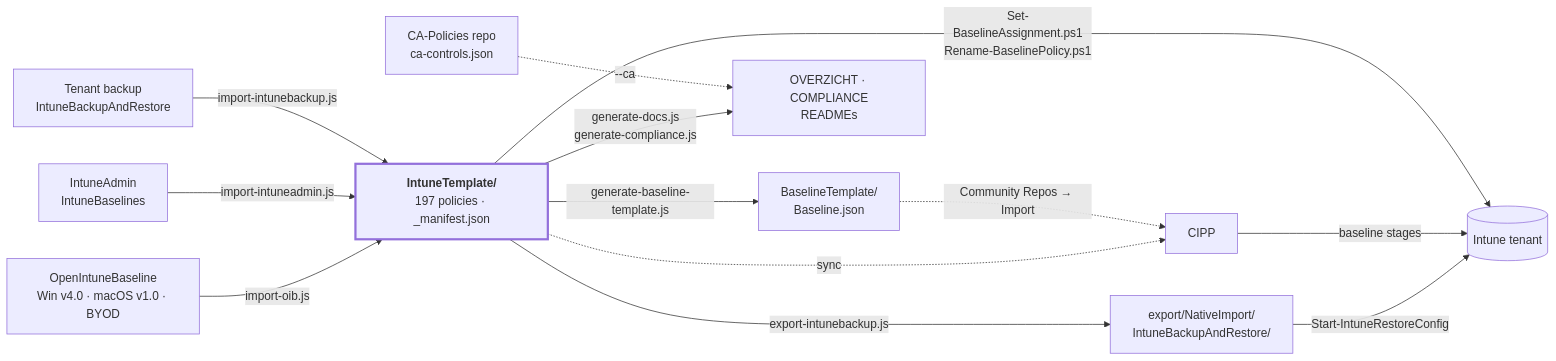
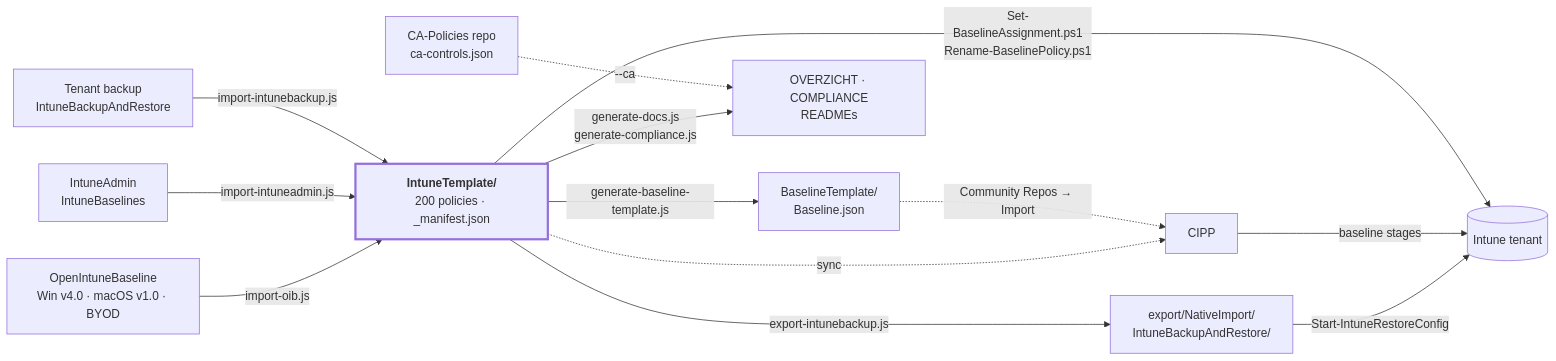
One commit to sjkanon/IntuneBackup changed the diagram in docs/STRUCTUUR.en.md. Above: the diagram before and after it, drawn with Mermaid. The commit also changed other lines of this file and 63 other files, not shown here.

````diff
--- a/docs/STRUCTUUR.en.md
+++ b/docs/STRUCTUUR.en.md
@@ -24,21 +24,21 @@
 ```mermaid
 flowchart LR
   OIB["OpenIntuneBaseline<br/>Win v4.0 · macOS v1.0 · BYOD"] -->|import-oib.js| T
   IA["IntuneAdmin<br/>IntuneBaselines"] -->|import-intuneadmin.js| T
   BK["Tenant backup<br/>IntuneBackupAndRestore"] -->|import-intunebackup.js| T
 
-  T["<b>IntuneTemplate/</b><br/>197 policies · _manifest.json"]
+  T["<b>IntuneTemplate/</b><br/>200 policies · _manifest.json"]
 
   T -->|export-intunebackup.js| EX["export/NativeImport/<br/>IntuneBackupAndRestore/"]
   T -->|generate-baseline-template.js| BT["BaselineTemplate/<br/>Baseline.json"]
   T -->|generate-docs.js<br/>generate-compliance.js| DOC["OVERZICHT · COMPLIANCE<br/>READMEs"]
   CA["CA-Policies repo<br/>ca-controls.json"] -.->|--ca| DOC
 
   T -.->|sync| CIPP["CIPP"]
   BT -.->|Community Repos → Import| CIPP
   EX -->|Start-IntuneRestoreConfig| TEN[("Intune tenant")]
   CIPP -->|baseline stages| TEN
   T -->|Set-BaselineAssignment.ps1<br/>Rename-BaselinePolicy.ps1| TEN
 
   style T stroke-width:3px
 ```
````
